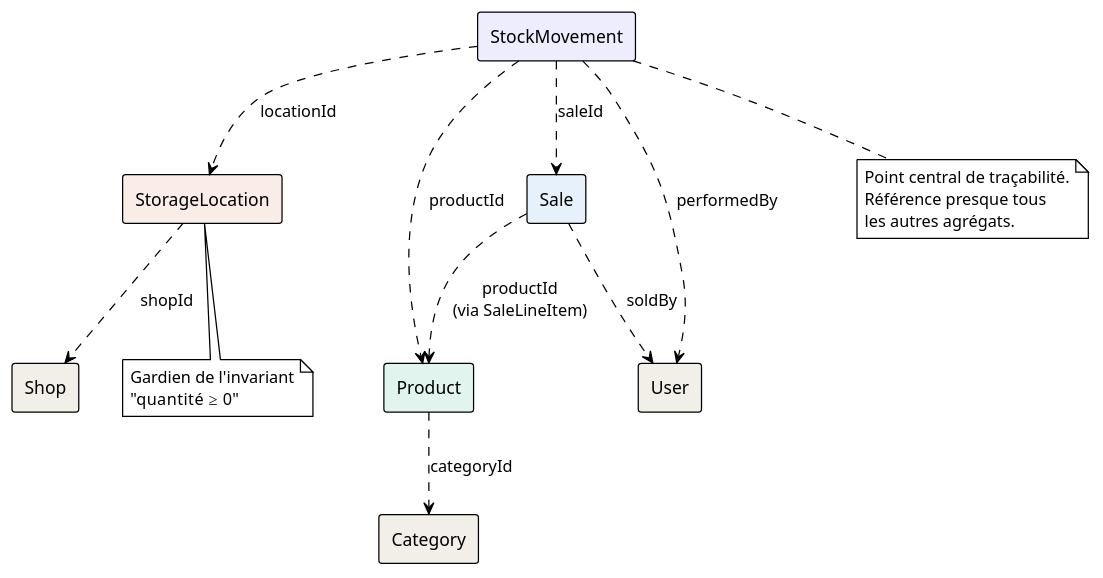
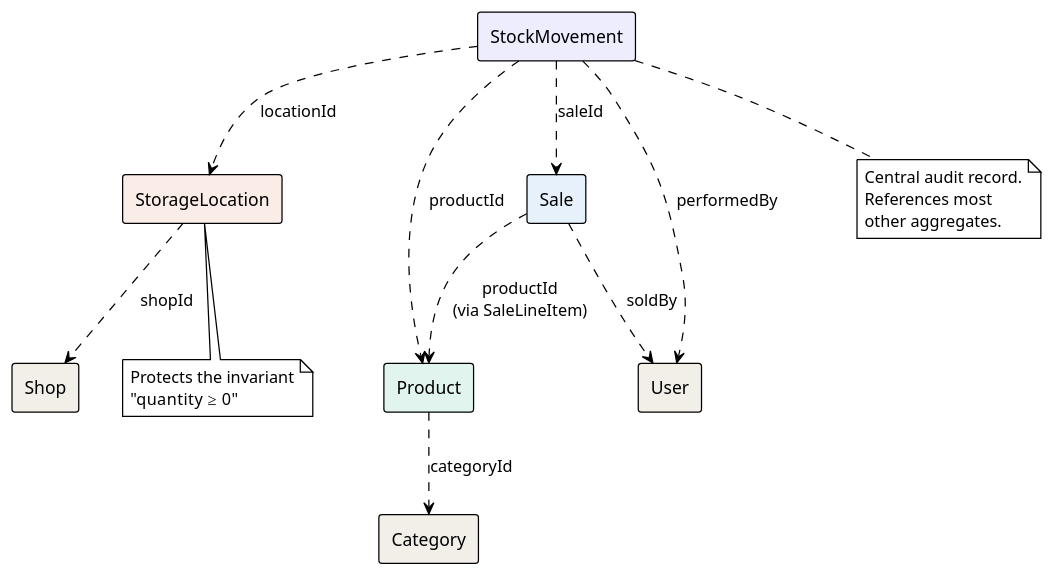
Before and after one commit to aliCheikCheikh/auto-stock-management: the second of 2 diagrams in antora-docs/modules/domain/pages/uml-global.adoc, drawn with PlantUML. The commit also changed other lines of this file and 542 other files, not shown here.

```diff
--- a/antora-docs/modules/domain/pages/uml-global.adoc
+++ b/antora-docs/modules/domain/pages/uml-global.adoc
@@ -354,36 +357,36 @@
 [plantuml]
 ----
 @startuml
 !theme plain
 skinparam backgroundColor transparent
 skinparam componentStyle rectangle
 
 [Product] as P #E1F5EE
 [Category] as C #F1EFE8
 [StorageLocation] as SL #FAECE7
 [StockMovement] as SM #EEEDFE
 [Sale] as SA #E6F1FB
 [Shop] as SH #F1EFE8
 [User] as U #F1EFE8
 
 P ..> C : categoryId
 SL ..> SH : shopId
 SM ..> P : productId
 SM ..> SL : locationId
 SM ..> U : performedBy
 SM ..> SA : saleId
 SA ..> U : soldBy
 SA ..> P : productId\n(via SaleLineItem)
 
 note bottom of SM
-  Point central de traçabilité.
-  Référence presque tous
-  les autres agrégats.
+  Central audit record.
+  References most
+  other aggregates.
 end note
 
 note bottom of SL
-  Gardien de l'invariant
-  "quantité ≥ 0"
+  Protects the invariant
+  "quantity ≥ 0"
 end note
 @enduml
 ----
```
